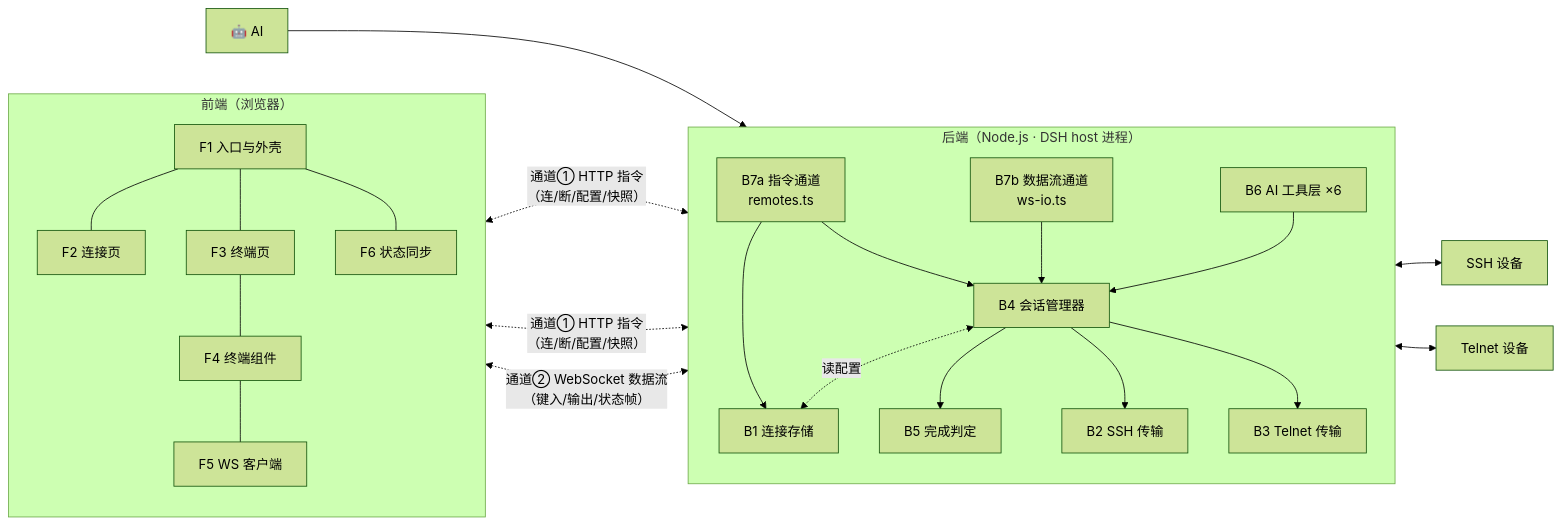
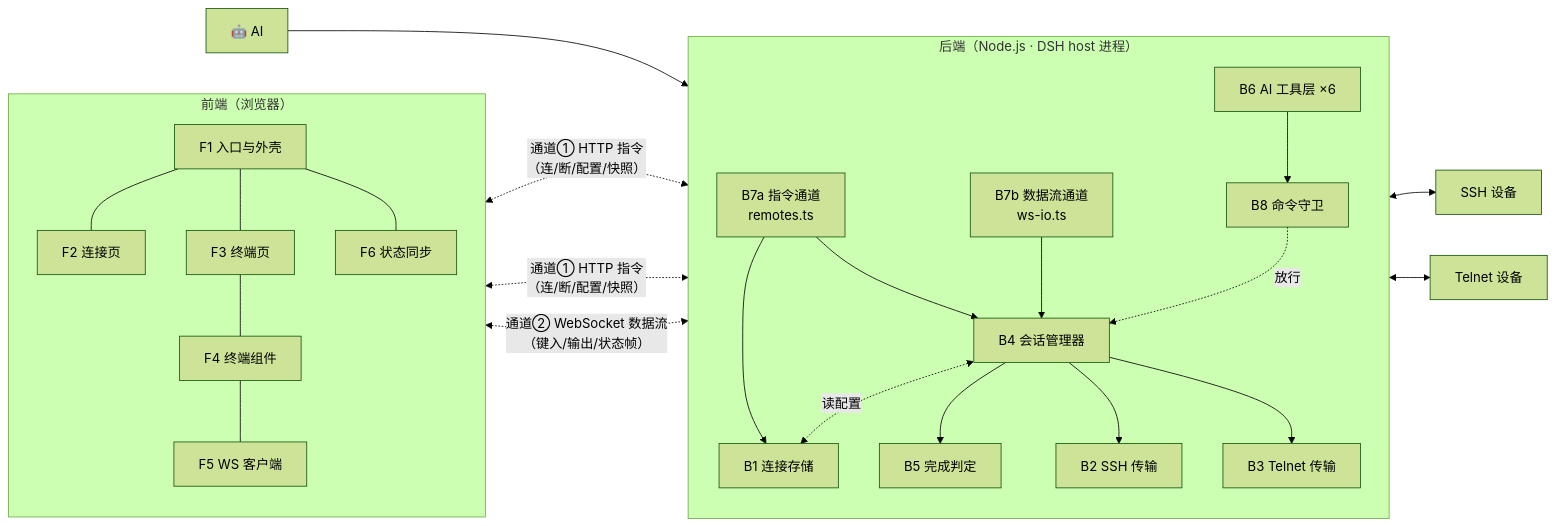
One commit to peng7peng/dsh-terminal-manager changed the second of 17 diagrams in docs/solution.zh.md. Above: the diagram before and after it, drawn with Mermaid (forest theme). The commit also changed other lines of this file, not shown here.

````diff
--- a/docs/solution.zh.md
+++ b/docs/solution.zh.md
@@ -135,40 +148,42 @@
 ```mermaid
 flowchart LR
     subgraph FE["前端（浏览器）"]
         direction TB
         F1["F1 入口与外壳"]
         F2["F2 连接页"]
         F3["F3 终端页"]
         F4["F4 终端组件"]
         F5["F5 WS 客户端"]
         F6["F6 状态同步"]
         F1 --- F2 & F3
         F3 --- F4
         F4 --- F5
         F1 --- F6
     end
 
     subgraph BE["后端（Node.js · DSH host 进程）"]
         direction TB
         B7a["B7a 指令通道<br/>remotes.ts"]
         B7b["B7b 数据流通道<br/>ws-io.ts"]
         B6["B6 AI 工具层 ×6"]
+        B8["B8 命令守卫"]
         B4["B4 会话管理器"]
         B5["B5 完成判定"]
         B1["B1 连接存储"]
         B2["B2 SSH 传输"]
         B3["B3 Telnet 传输"]
         B7a --> B4 & B1
         B7b --> B4
-        B6 --> B4
+        B6 --> B8
+        B8 -. "放行" .-> B4
         B4 --> B5
         B4 --> B2 & B3
         B4 <-. 读配置 .-> B1
     end
 
     AI["🤖 AI"] --> B6
     F2 & F6 <-. "通道① HTTP 指令<br/>（连/断/配置/快照）" .-> B7a
     F5 <-. "通道② WebSocket 数据流<br/>（键入/输出/状态帧）" .-> B7b
     B2 <--> D1["SSH 设备"]
     B3 <--> D2["Telnet 设备"]
 ```
````
